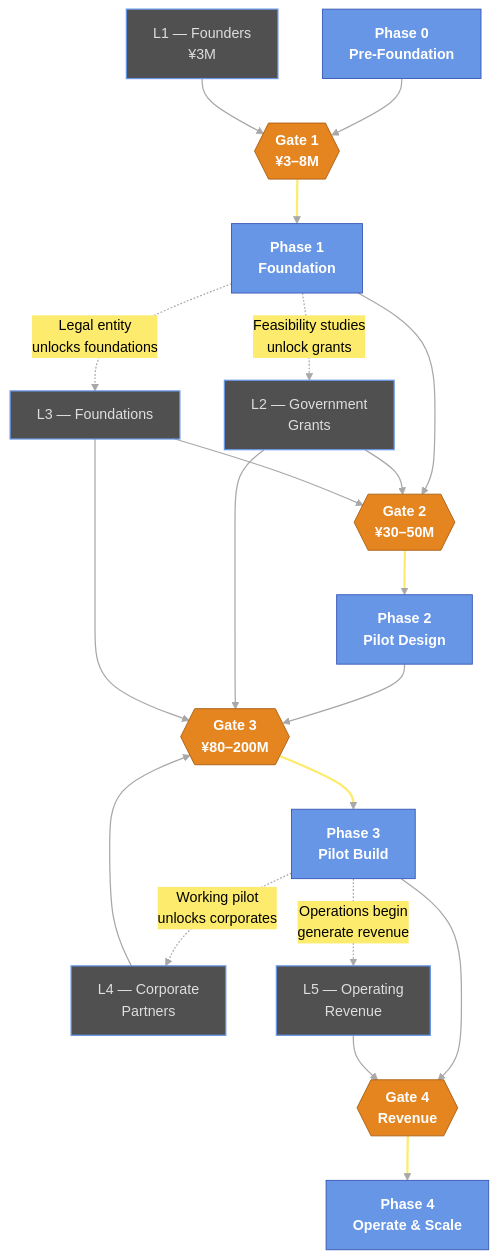
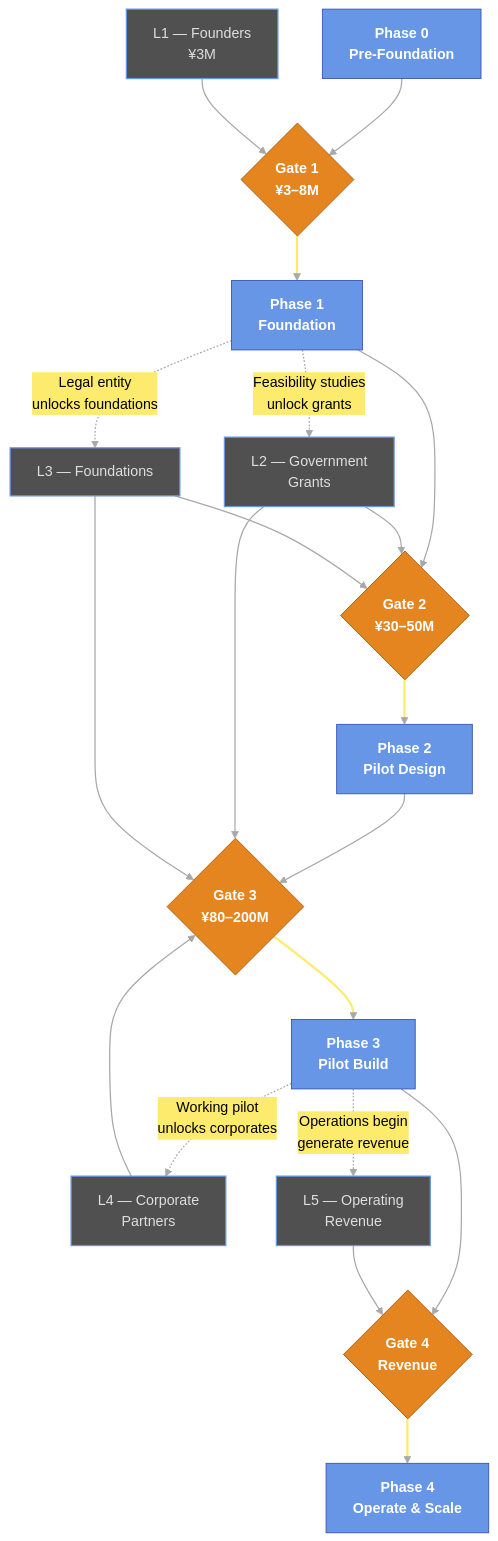
The second of 2 diagrams in mitsue_phases_funding_flowchart.md (robouden/mitsue-ai-data-center), drawn with Mermaid before and after one commit. The commit also changed other lines of this file and 11 other files, not shown here.

First line of the commit message:
feat: add EVM/WBS docs, JP flowchart; fix gate shapes + feedback loops

````diff
--- a/mitsue_phases_funding_flowchart.md
+++ b/mitsue_phases_funding_flowchart.md
@@ -62,44 +62,44 @@
 ```mermaid
 %%{init: {'theme':'base','themeVariables':{
   'background':'#404040',
   'primaryColor':'#6796e6','primaryTextColor':'#FFFFFF','primaryBorderColor':'#3655b5',
   'lineColor':'#A8A8A8','textColor':'#DEDEDE',
   'fontFamily':'Segoe UI, Helvetica, sans-serif',
   'edgeLabelBackground':'#FCEB6C'
 }}}%%
 flowchart TB
-    P0["Phase 0<br/>Pre-Foundation"] --> G1{{"Gate 1<br/>¥3–8M"}}
-    G1 --> P1["Phase 1<br/>Foundation"] --> G2{{"Gate 2<br/>¥30–50M"}}
-    G2 --> P2["Phase 2<br/>Pilot Design"] --> G3{{"Gate 3<br/>¥80–200M"}}
-    G3 --> P3["Phase 3<br/>Pilot Build"] --> G4{{"Gate 4<br/>Revenue"}}
+    P0["Phase 0<br/>Pre-Foundation"] --> G1{"Gate 1<br/>¥3–8M"}
+    G1 --> P1["Phase 1<br/>Foundation"] --> G2{"Gate 2<br/>¥30–50M"}
+    G2 --> P2["Phase 2<br/>Pilot Design"] --> G3{"Gate 3<br/>¥80–200M"}
+    G3 --> P3["Phase 3<br/>Pilot Build"] --> G4{"Gate 4<br/>Revenue"}
     G4 --> P4["Phase 4<br/>Operate &amp; Scale"]
 
     F1["L1 — Founders<br/>¥3M"]
     F2["L2 — Government<br/>Grants"]
     F3["L3 — Foundations"]
     F4["L4 — Corporate<br/>Partners"]
     F5["L5 — Operating<br/>Revenue"]
 
     F1 --> G1
     F2 --> G2
     F3 --> G2
     F2 --> G3
     F3 --> G3
     F4 --> G3
     F5 --> G4
 
     P1 -.->|Feasibility studies<br/>unlock grants| F2
     P1 -.->|Legal entity<br/>unlocks foundations| F3
     P3 -.->|Working pilot<br/>unlocks corporates| F4
     P3 -.->|Operations begin<br/>generate revenue| F5
 
     classDef phase fill:#6796e6,stroke:#3655b5,stroke-width:1px,color:#FFFFFF,font-weight:bold
     classDef gate  fill:#e58520,stroke:#A85C10,stroke-width:1px,color:#FFFFFF,font-weight:bold
     classDef fund  fill:#505050,stroke:#6796e6,stroke-width:1.4px,color:#DEDEDE
     class P0,P1,P2,P3,P4 phase
     class G1,G2,G3,G4 gate
     class F1,F2,F3,F4,F5 fund
 
     linkStyle default stroke:#A8A8A8,stroke-width:1.4px,color:#000000
     linkStyle 1,3,5,7 stroke:#FCEB6C,stroke-width:2.5px,color:#000000
 ```
````
